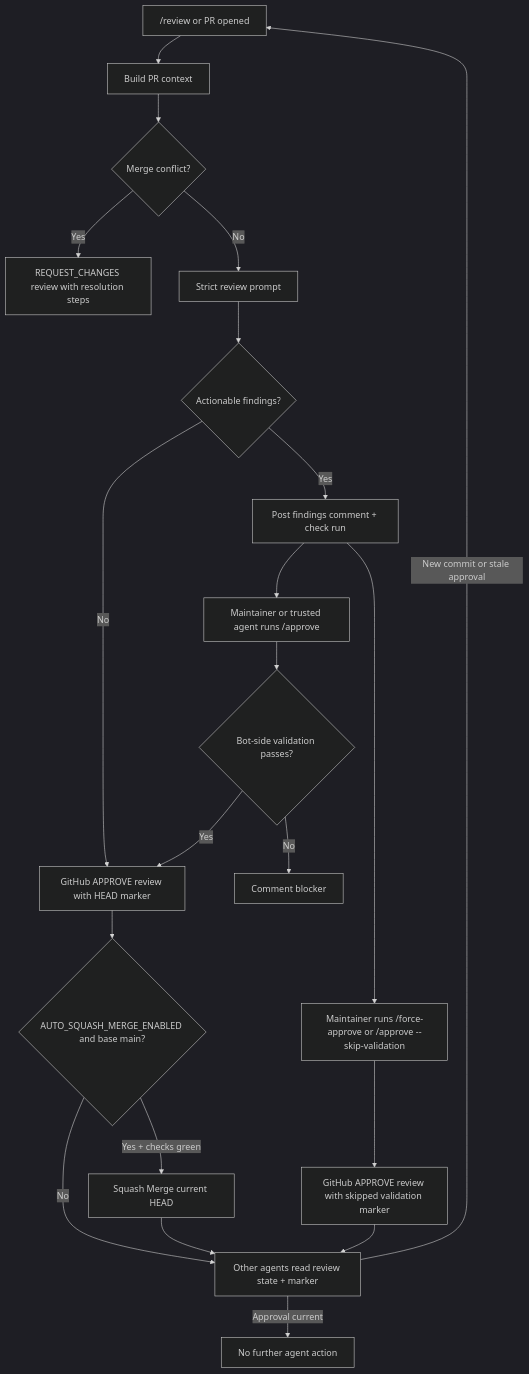
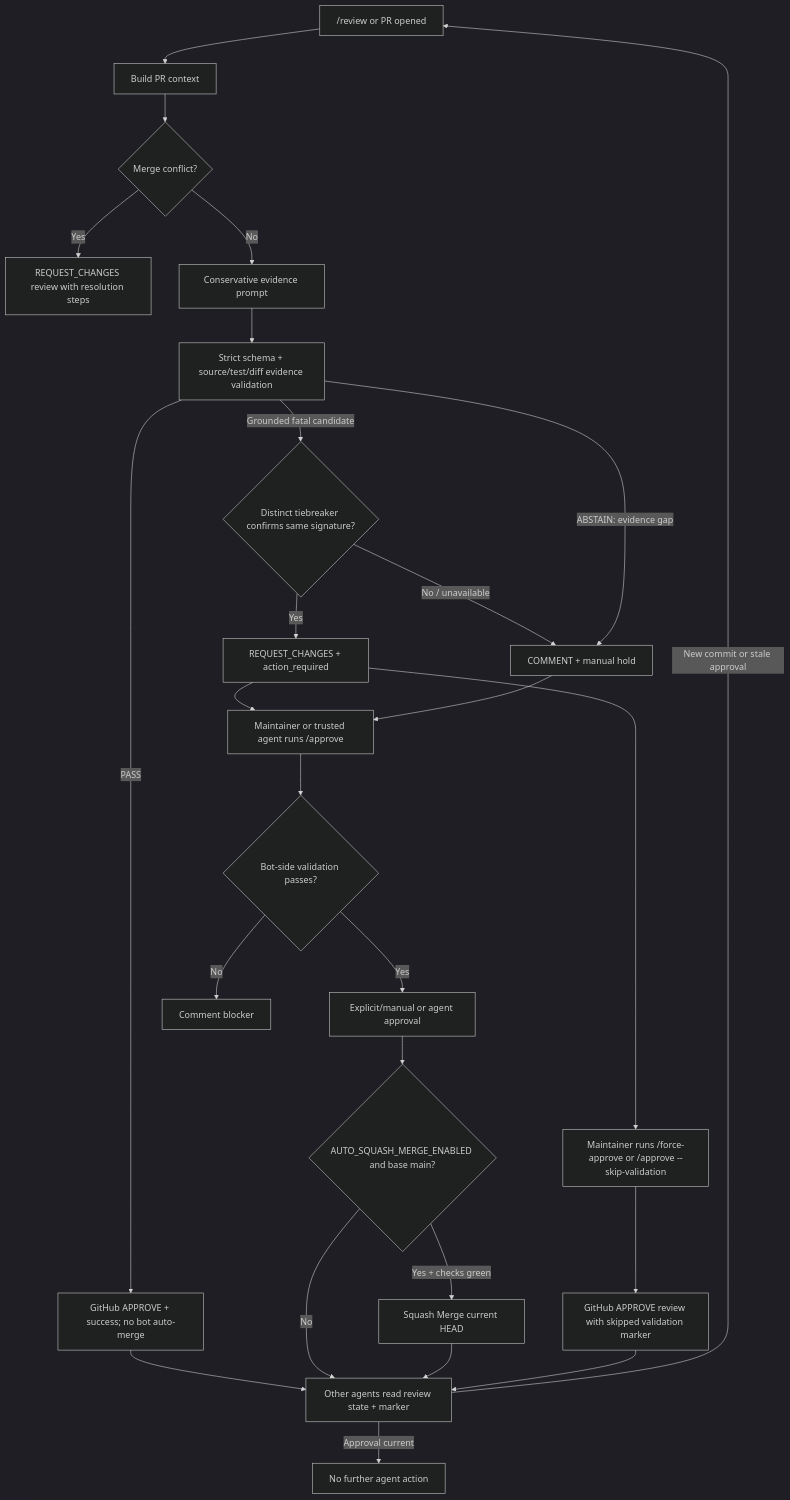
Before and after one commit to seorilabs/gemini-pr-bot: the second of 4 diagrams in README.md, drawn with Mermaid (dark theme). The commit also changed other lines of this file and 16 other files, not shown here.

````diff
--- a/README.md
+++ b/README.md
@@ -83,23 +84,28 @@
 ```mermaid
 flowchart TD
   Review["/review or PR opened"] --> Context["Build PR context"]
   Context --> Conflict{"Merge conflict?"}
   Conflict -->|Yes| RequestChanges["REQUEST_CHANGES review with resolution steps"]
-  Conflict -->|No| AI["Strict review prompt"]
-  AI --> Decision{"Actionable findings?"}
-  Decision -->|Yes| Output["Post findings comment + check run"]
-  Decision -->|No| Approval["GitHub APPROVE review with HEAD marker"]
+  Conflict -->|No| AI["Conservative evidence prompt"]
+  AI --> Validate["Strict schema + source/test/diff evidence validation"]
+  Validate -->|"Grounded fatal candidate"| Confirm{"Distinct tiebreaker confirms same signature?"}
+  Confirm -->|Yes| Output["REQUEST_CHANGES + action_required"]
+  Confirm -->|No / unavailable| Hold
+  Validate -->|"ABSTAIN: evidence gap"| Hold["COMMENT + manual hold"]
+  Validate -->|PASS| GateApproval["GitHub APPROVE + success; no bot auto-merge"]
   Output --> Approve["Maintainer or trusted agent runs /approve"]
+  Hold --> Approve
   Approve --> Validation{"Bot-side validation passes?"}
-  Validation -->|Yes| Approval
+  Validation -->|Yes| Approval["Explicit/manual or agent approval"]
   Validation -->|No| Block["Comment blocker"]
   Output --> ForceApprove["Maintainer runs /force-approve or /approve --skip-validation"]
   ForceApprove --> ForceApproval["GitHub APPROVE review with skipped validation marker"]
+  GateApproval --> Agent
   Approval --> AutoMerge{"AUTO_SQUASH_MERGE_ENABLED and base main?"}
   AutoMerge -->|Yes + checks green| Squash["Squash Merge current HEAD"]
   AutoMerge -->|No| Agent
   Squash --> Agent
   ForceApproval --> Agent["Other agents read review state + marker"]
   Agent -->|Approval current| Stop["No further agent action"]
   Agent -->|New commit or stale approval| Review
 ```
````
